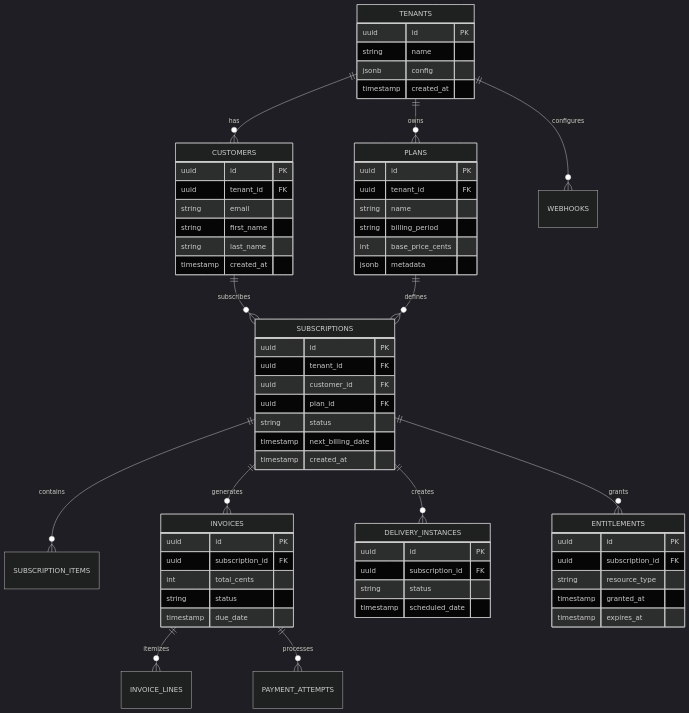
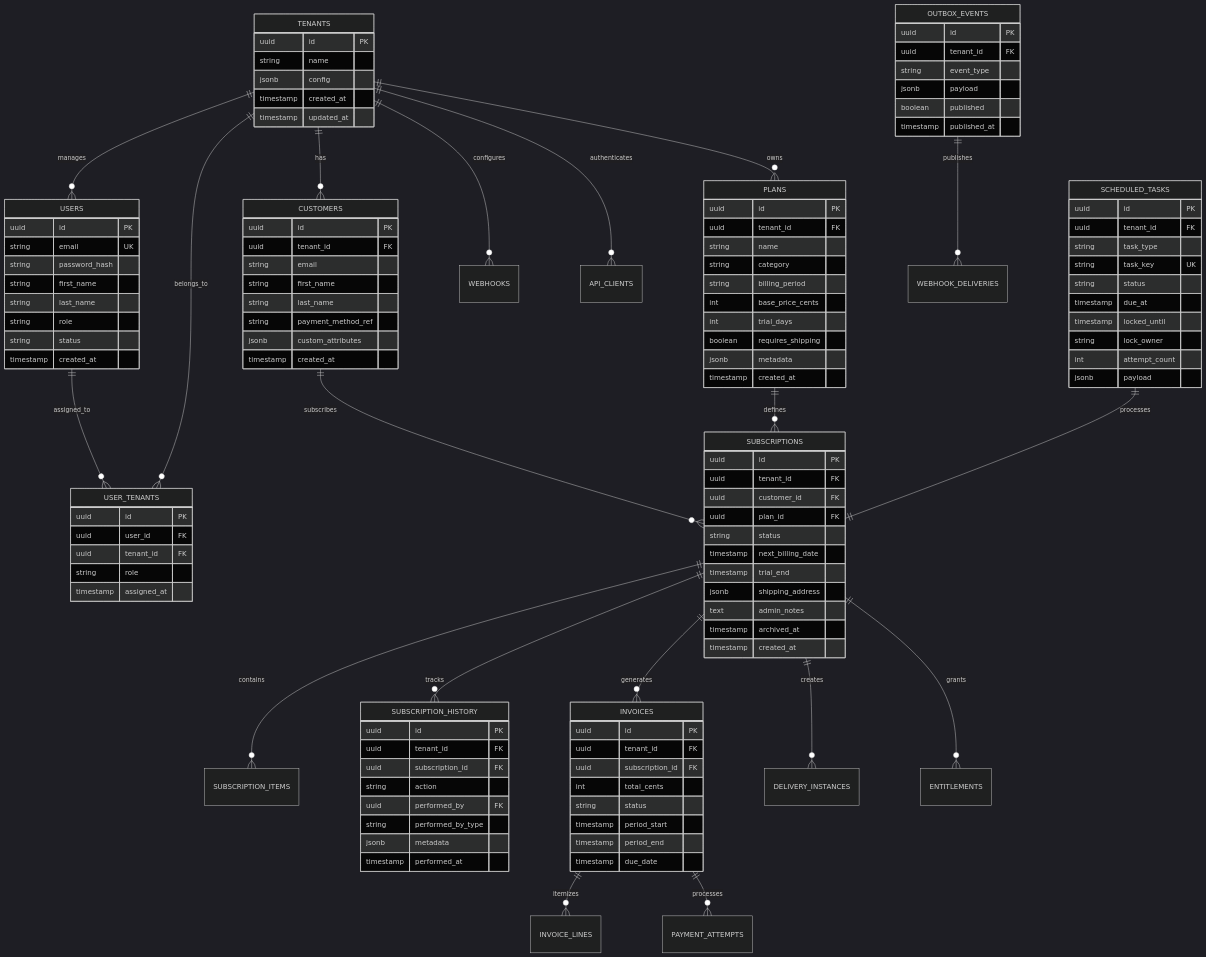
One commit to neeraj-agentic-lab/SubscriptionManager changed the fourth of 9 diagrams in README.md. Above: the diagram before and after it, drawn with Mermaid (dark theme). The commit also changed other lines of this file and 190 other files, not shown here.

First line of the commit message:
feat: Update README, optimize startup, separate API/Worker scheduled jobs, update GCP deployment

````diff
--- a/README.md
+++ b/README.md
@@ -304,22 +521,49 @@
 ```mermaid
 erDiagram
+    TENANTS ||--o{ USERS : manages
     TENANTS ||--o{ CUSTOMERS : has
     TENANTS ||--o{ PLANS : owns
     TENANTS ||--o{ WEBHOOKS : configures
+    TENANTS ||--o{ API_CLIENTS : authenticates
+    USERS ||--o{ USER_TENANTS : assigned_to
+    USER_TENANTS }o--|| TENANTS : belongs_to
     CUSTOMERS ||--o{ SUBSCRIPTIONS : subscribes
     PLANS ||--o{ SUBSCRIPTIONS : defines
     SUBSCRIPTIONS ||--o{ SUBSCRIPTION_ITEMS : contains
+    SUBSCRIPTIONS ||--o{ SUBSCRIPTION_HISTORY : tracks
     SUBSCRIPTIONS ||--o{ INVOICES : generates
     SUBSCRIPTIONS ||--o{ DELIVERY_INSTANCES : creates
     SUBSCRIPTIONS ||--o{ ENTITLEMENTS : grants
     INVOICES ||--o{ INVOICE_LINES : itemizes
     INVOICES ||--o{ PAYMENT_ATTEMPTS : processes
+    SCHEDULED_TASKS ||--|| SUBSCRIPTIONS : processes
+    OUTBOX_EVENTS ||--o{ WEBHOOK_DELIVERIES : publishes
     
     TENANTS {
         uuid id PK
         string name
         jsonb config
         timestamp created_at
+        timestamp updated_at
+    }
+    
+    USERS {
+        uuid id PK
+        string email UK
+        string password_hash
+        string first_name
+        string last_name
+        string role
+        string status
+        timestamp created_at
+    }
+    
+    USER_TENANTS {
+        uuid id PK
+        uuid user_id FK
+        uuid tenant_id FK
+        string role
+        timestamp assigned_at
     }
     
     CUSTOMERS {
@@ -328,6 +572,8 @@
         string email
         string first_name
         string last_name
+        string payment_method_ref
+        jsonb custom_attributes
         timestamp created_at
     }
     
@@ -335,9 +581,13 @@
         uuid id PK
         uuid tenant_id FK
         string name
+        string category
         string billing_period
         int base_price_cents
+        int trial_days
+        boolean requires_shipping
         jsonb metadata
+        timestamp created_at
     }
     
     SUBSCRIPTIONS {
@@ -347,29 +597,54 @@
         uuid plan_id FK
         string status
         timestamp next_billing_date
+        timestamp trial_end
+        jsonb shipping_address
+        text admin_notes
+        timestamp archived_at
         timestamp created_at
+    }
+    
+    SUBSCRIPTION_HISTORY {
+        uuid id PK
+        uuid tenant_id FK
+        uuid subscription_id FK
+        string action
+        uuid performed_by FK
+        string performed_by_type
+        jsonb metadata
+        timestamp performed_at
     }
     
     INVOICES {
         uuid id PK
+        uuid tenant_id FK
         uuid subscription_id FK
         int total_cents
         string status
+        timestamp period_start
+        timestamp period_end
         timestamp due_date
     }
     
-    DELIVERY_INSTANCES {
+    SCHEDULED_TASKS {
         uuid id PK
-        uuid subscription_id FK
+        uuid tenant_id FK
+        string task_type
+        string task_key UK
         string status
-        timestamp scheduled_date
+        timestamp due_at
+        timestamp locked_until
+        string lock_owner
+        int attempt_count
+        jsonb payload
     }
     
-    ENTITLEMENTS {
+    OUTBOX_EVENTS {
         uuid id PK
-        uuid subscription_id FK
-        string resource_type
-        timestamp granted_at
-        timestamp expires_at
+        uuid tenant_id FK
+        string event_type
+        jsonb payload
+        boolean published
+        timestamp published_at
     }
 ```
````
